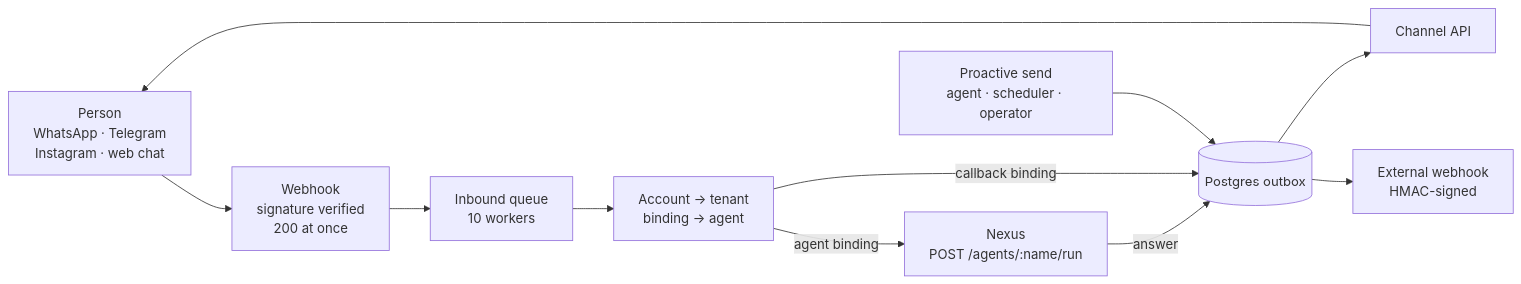
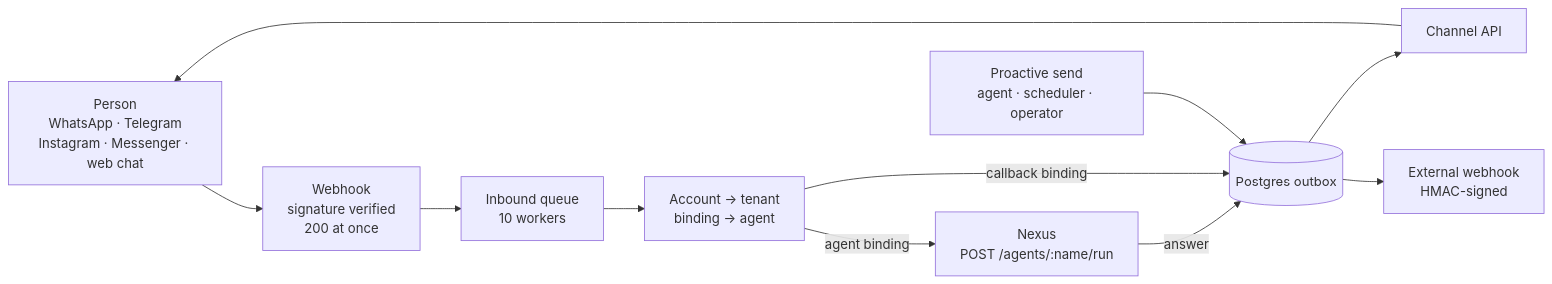
One commit to monaccode/astromesh changed the first of 2 diagrams in docs-site/src/content/docs/herald/introduction.mdx. Above: the diagram before and after it, drawn with Mermaid. The commit also changed other lines of this file and 4 other files, not shown here.

````diff
--- a/docs-site/src/content/docs/herald/introduction.mdx
+++ b/docs-site/src/content/docs/herald/introduction.mdx
@@ -44,18 +44,18 @@
 ```mermaid
 flowchart LR
-    person["Person<br/>WhatsApp · Telegram<br/>Instagram · web chat"]
+    person["Person<br/>WhatsApp · Telegram<br/>Instagram · Messenger · web chat"]
     hook["Webhook<br/>signature verified<br/>200 at once"]
     queue["Inbound queue<br/>10 workers"]
     route["Account → tenant<br/>binding → agent"]
     nexus["Nexus<br/>POST /agents/:name/run"]
     outbox[("Postgres outbox")]
     send["Channel API"]
     ext["External webhook<br/>HMAC-signed"]
 
     person --> hook --> queue --> route
     route -- "agent binding" --> nexus -- "answer" --> outbox
     route -- "callback binding" --> outbox
     outbox --> send --> person
     outbox --> ext
     proactive["Proactive send<br/>agent · scheduler · operator"] --> outbox
 ```
````
